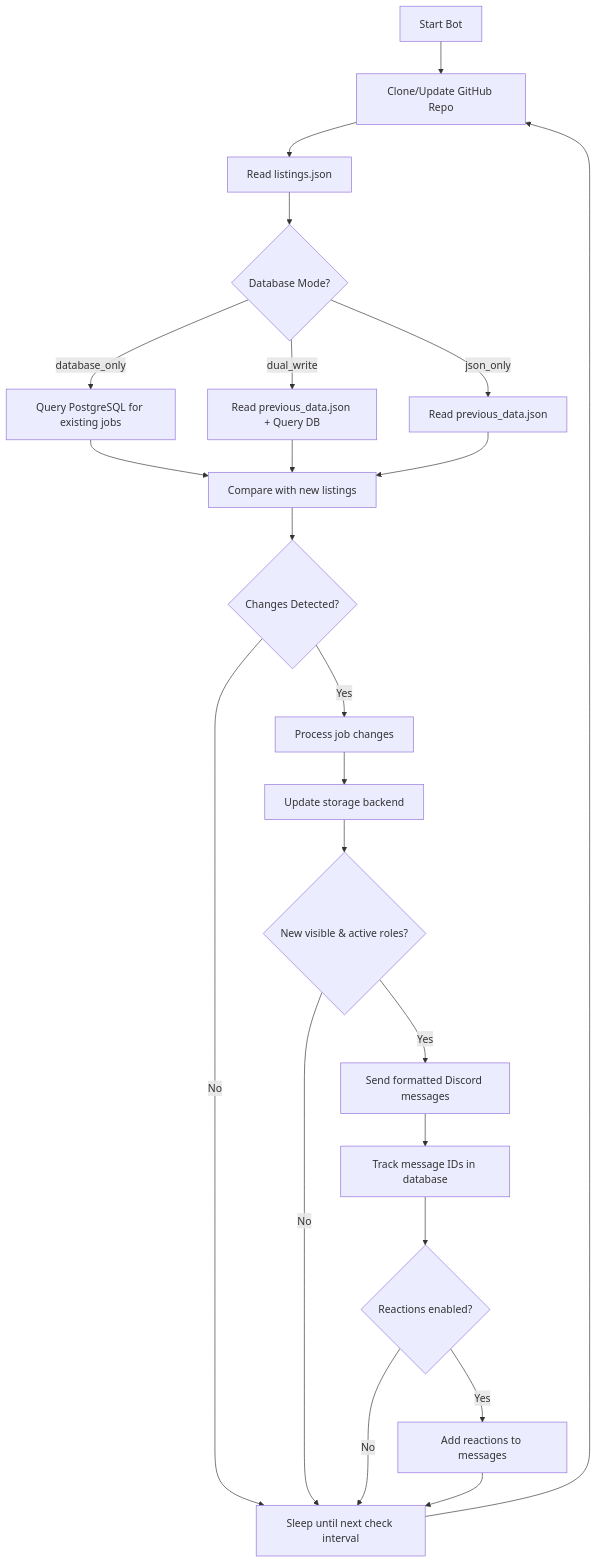
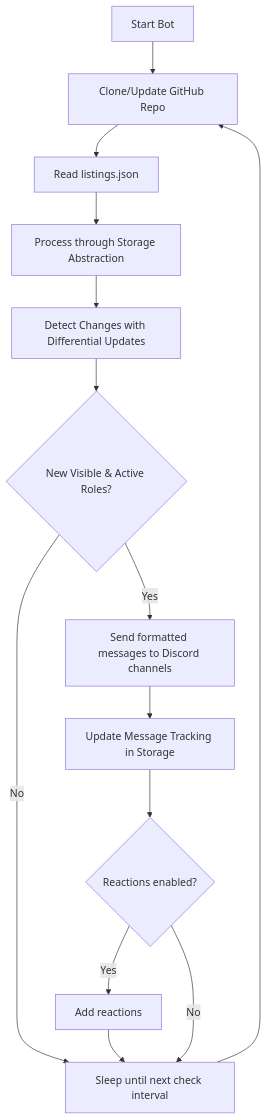
Before and after one commit to builtbybob/chatd-internships: the first of 2 diagrams in README.md, drawn with Mermaid. The commit also changed other lines of this file and 1 other file, not shown here.

````diff
--- a/README.md
+++ b/README.md
@@ -25,25 +30,16 @@
 ```mermaid
 flowchart TD
    A[Start Bot] --> B[Clone/Update GitHub Repo]
    B --> C[Read listings.json]
-   C --> D{Database Mode?}
-   D -->|database_only| E[Query PostgreSQL for existing jobs]
-   D -->|dual_write| F[Read previous_data.json + Query DB]
-   D -->|json_only| G[Read previous_data.json]
-   E --> H[Compare with new listings]
-   F --> H
-   G --> H
-   H --> I{Changes Detected?}
-   I -->|Yes| J[Process job changes]
-   I -->|No| Q[Sleep until next check interval]
-   J --> K[Update storage backend]
-   K --> L{New visible & active roles?}
-   L -->|Yes| M[Send formatted Discord messages]
-   L -->|No| Q
-   M --> N[Track message IDs in database]
-   N --> O{Reactions enabled?}
-   O -->|Yes| P[Add reactions to messages]
-   O -->|No| Q
-   P --> Q
-   Q --> B
+   C --> D[Process through Storage Abstraction]
+   D --> E[Detect Changes with Differential Updates]
+   E --> F{New Visible & Active Roles?}
+   F -- Yes --> G[Send formatted messages to Discord channels]
+   F -- No --> M[Sleep until next check interval]
+   G --> H[Update Message Tracking in Storage]
+   H --> L{Reactions enabled?}
+   L -- Yes --> I[Add reactions]
+   I --> M
+   L -- No --> M
+   M --> B
 ```
````
